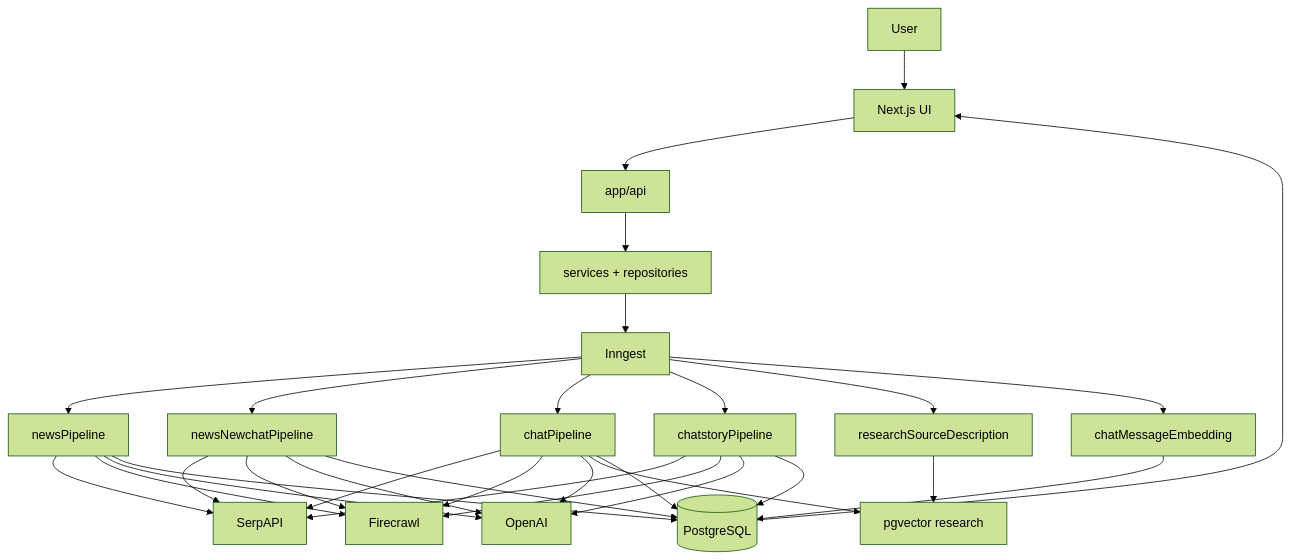
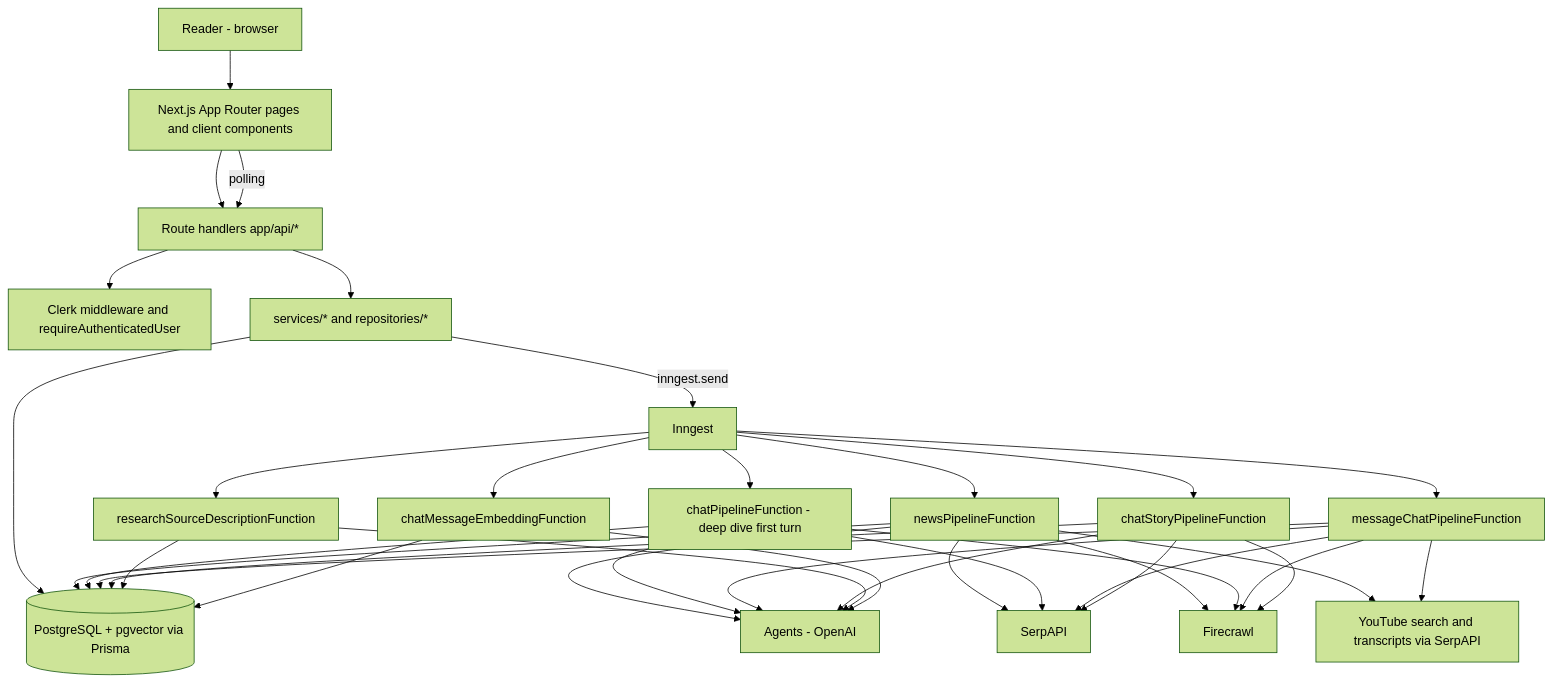
Before and after one commit to learner-enthusiast/Newsly: the first of 12 diagrams in README.md, drawn with Mermaid (forest theme). The commit also changed other lines of this file and 10 other files, not shown here.

````diff
--- a/README.md
+++ b/README.md
@@ -200,33 +237,43 @@
 ```mermaid
-flowchart TB
-  U[User] --> FE[Next.js UI]
-  FE --> API[app/api]
-  API --> SVC[services + repositories]
-  SVC --> ING[Inngest]
-  ING --> NP[newsPipeline]
-  ING --> DD[newsNewchatPipeline]
-  ING --> MC[chatPipeline]
-  ING --> CS[chatstoryPipeline]
-  ING --> RSI[researchSourceDescription]
-  ING --> CME[chatMessageEmbedding]
+flowchart TD
+  U[Reader - browser] --> FE[Next.js App Router pages and client components]
+  FE --> API[Route handlers app/api/*]
+  API --> AUTH[Clerk middleware and requireAuthenticatedUser]
+  API --> SVC[services/* and repositories/*]
+  SVC --> PG[(PostgreSQL + pgvector via Prisma)]
+  SVC -->|inngest.send| ING[Inngest]
+
+  ING --> NP[newsPipelineFunction]
+  ING --> DD[chatPipelineFunction - deep dive first turn]
+  ING --> MC[messageChatPipelineFunction]
+  ING --> CS[chatStoryPipelineFunction]
+  ING --> RSI[researchSourceDescriptionFunction]
+  ING --> CME[chatMessageEmbeddingFunction]
+
+  NP --> AG[Agents - OpenAI]
+  DD --> AG
+  MC --> AG
+  CS --> AG
+  RSI --> AG
+  CME --> AG
+
   NP --> SERP[SerpAPI]
+  DD --> SERP
   MC --> SERP
-  DD --> SERP
   CS --> SERP
   NP --> FC[Firecrawl]
+  DD --> FC
   MC --> FC
-  DD --> FC
   CS --> FC
-  NP --> OAI[OpenAI]
-  MC --> OAI
-  DD --> OAI
-  CS --> OAI
-  MC --> VEC[pgvector research]
-  RSI --> VEC
-  CME --> PG[(PostgreSQL)]
+  NP --> YT[YouTube search and transcripts via SerpAPI]
+  MC --> YT
+
   NP --> PG
+  DD --> PG
   MC --> PG
-  DD --> PG
   CS --> PG
-  PG --> FE
+  RSI --> PG
+  CME --> PG
+
+  FE -->|polling| API
 ```
````
